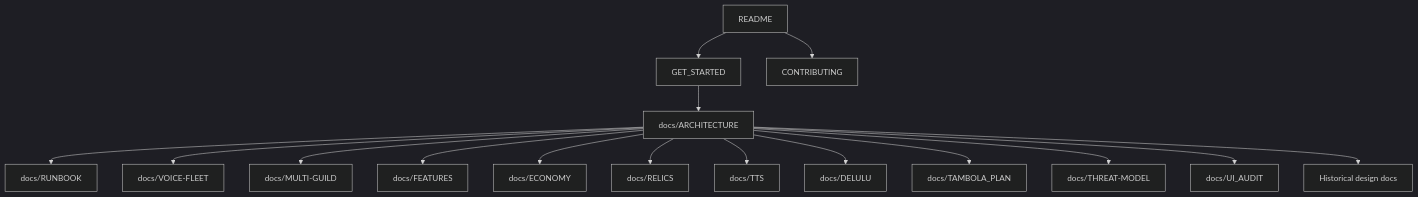
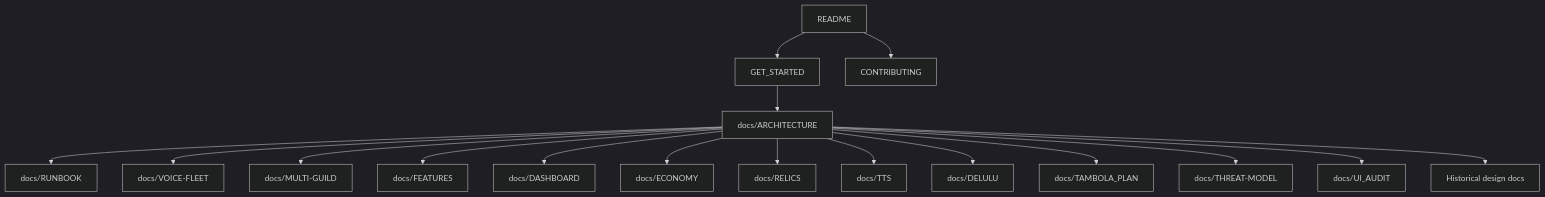
The diagram in docs/README.md (DeathSurfing/siela-bot), drawn with Mermaid (dark theme) before and after one commit. The commit also changed other lines of this file and 70 other files, not shown here.

````diff
--- a/docs/README.md
+++ b/docs/README.md
@@ -5,18 +5,19 @@
 ```mermaid
 flowchart TD
   START[README] --> GET[GET_STARTED]
   GET --> ARCH[docs/ARCHITECTURE]
   START --> CONTRIB[CONTRIBUTING]
   ARCH --> RUN[docs/RUNBOOK]
   ARCH --> FLEET[docs/VOICE-FLEET]
   ARCH --> MULTI[docs/MULTI-GUILD]
   ARCH --> FLAGS[docs/FEATURES]
+  ARCH --> DASH[docs/DASHBOARD]
   ARCH --> ECON[docs/ECONOMY]
   ARCH --> RELICS[docs/RELICS]
   ARCH --> TTS[docs/TTS]
   ARCH --> DELULU[docs/DELULU]
   ARCH --> TAMBOLA[docs/TAMBOLA_PLAN]
   ARCH --> THREAT[docs/THREAT-MODEL]
   ARCH --> UI[docs/UI_AUDIT]
   ARCH --> HIST[Historical design docs]
 ```
````
